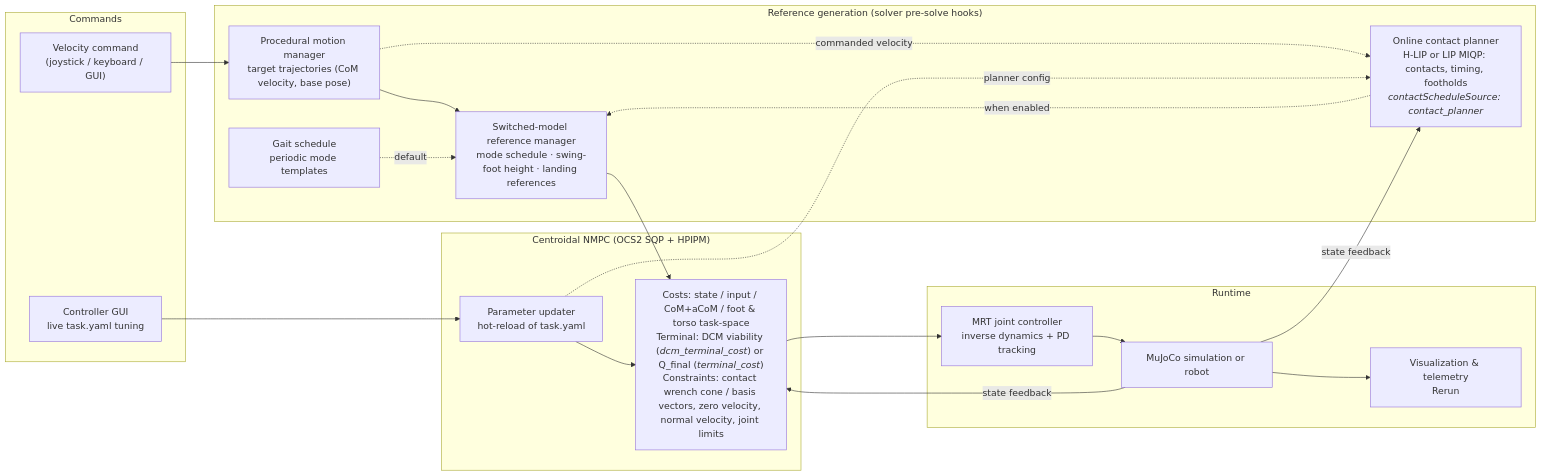
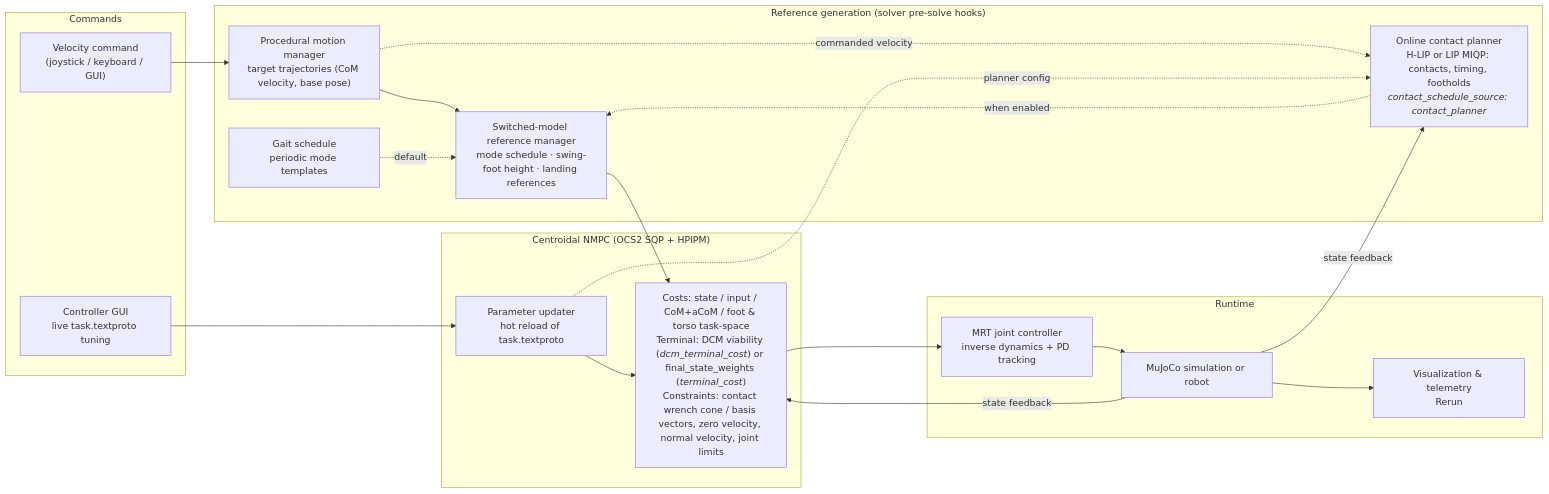
Before and after one commit to nicholaspalomo/wb_humanoid_mpc: the diagram in README.md, drawn with Mermaid. The commit also changed other lines of this file and 1798 other files, not shown here.

````diff
--- a/README.md
+++ b/README.md
@@ -21,40 +21,40 @@
 ```mermaid
 flowchart LR
     subgraph cmd["Commands"]
         VEL["Velocity command<br/>(joystick / keyboard / GUI)"]
-        GUI["Controller GUI<br/>live task.yaml tuning"]
+        GUI["Controller GUI<br/>live task.textproto tuning"]
     end
 
     subgraph ref["Reference generation (solver pre-solve hooks)"]
         MM["Procedural motion manager<br/>target trajectories (CoM velocity, base pose)"]
         GS["Gait schedule<br/>periodic mode templates"]
-        CP["Online contact planner<br/>H-LIP or LIP MIQP: contacts, timing, footholds<br/><i>contactScheduleSource: contact_planner</i>"]
+        CP["Online contact planner<br/>H-LIP or LIP MIQP: contacts, timing, footholds<br/><i>contact_schedule_source: contact_planner</i>"]
         RM["Switched-model reference manager<br/>mode schedule · swing-foot height · landing references"]
     end
 
     subgraph mpc["Centroidal NMPC (OCS2 SQP + HPIPM)"]
-        OCP["Costs: state / input / CoM+aCoM / foot & torso task-space<br/>Terminal: DCM viability (<i>dcm_terminal_cost</i>) or Q_final (<i>terminal_cost</i>)<br/>Constraints: contact wrench cone / basis vectors, zero velocity, normal velocity, joint limits"]
-        UPD["Parameter updater<br/>hot-reload of task.yaml"]
+        OCP["Costs: state / input / CoM+aCoM / foot & torso task-space<br/>Terminal: DCM viability (<i>dcm_terminal_cost</i>) or final_state_weights (<i>terminal_cost</i>)<br/>Constraints: contact wrench cone / basis vectors, zero velocity, normal velocity, joint limits"]
+        UPD["Parameter updater<br/>hot reload of task.textproto"]
     end
 
     subgraph rt["Runtime"]
         MRT["MRT joint controller<br/>inverse dynamics + PD tracking"]
         SIM["MuJoCo simulation or robot"]
         TEL["Visualization & telemetry<br/>Rerun"]
     end
 
     VEL --> MM
     MM --> RM
     GS -. "default" .-> RM
     CP -. "when enabled" .-> RM
     MM -. "commanded velocity" .-> CP
     RM --> OCP
     OCP --> MRT
     MRT --> SIM
     SIM -- "state feedback" --> OCP
     SIM -- "state feedback" --> CP
     GUI --> UPD
     UPD --> OCP
     UPD -. "planner config" .-> CP
     SIM --> TEL
 ```
````
